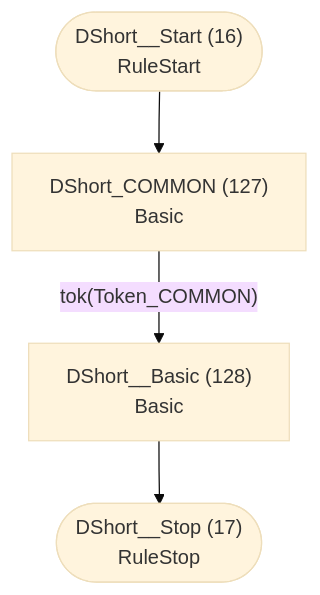
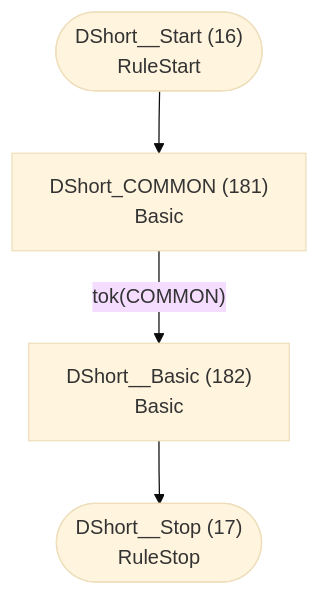
One commit to TypeFox/fastbelt changed the ninth of 41 diagrams in internal/languages/completion/atn.md. Above: the diagram before and after it, drawn with Mermaid (base theme). The commit also changed other lines of this file and 36 other files, not shown here.

````diff
--- a/internal/languages/completion/atn.md
+++ b/internal/languages/completion/atn.md
@@ -268,11 +313,11 @@
 ```mermaid
 flowchart TD
     q16(["DShort__Start (16)<br/>RuleStart"])
     q17(["DShort__Stop (17)<br/>RuleStop"])
-    q127["DShort_COMMON (127)<br/>Basic<br/>"]
-    q128["DShort__Basic (128)<br/>Basic<br/>"]
+    q181["DShort_COMMON (181)<br/>Basic<br/>"]
+    q182["DShort__Basic (182)<br/>Basic<br/>"]
 
-    q16 --> q127
-    q127 -->|"tok(Token_COMMON)"| q128
-    q128 --> q17
+    q16 --> q181
+    q181 -->|"tok(COMMON)"| q182
+    q182 --> q17
 ```
````
